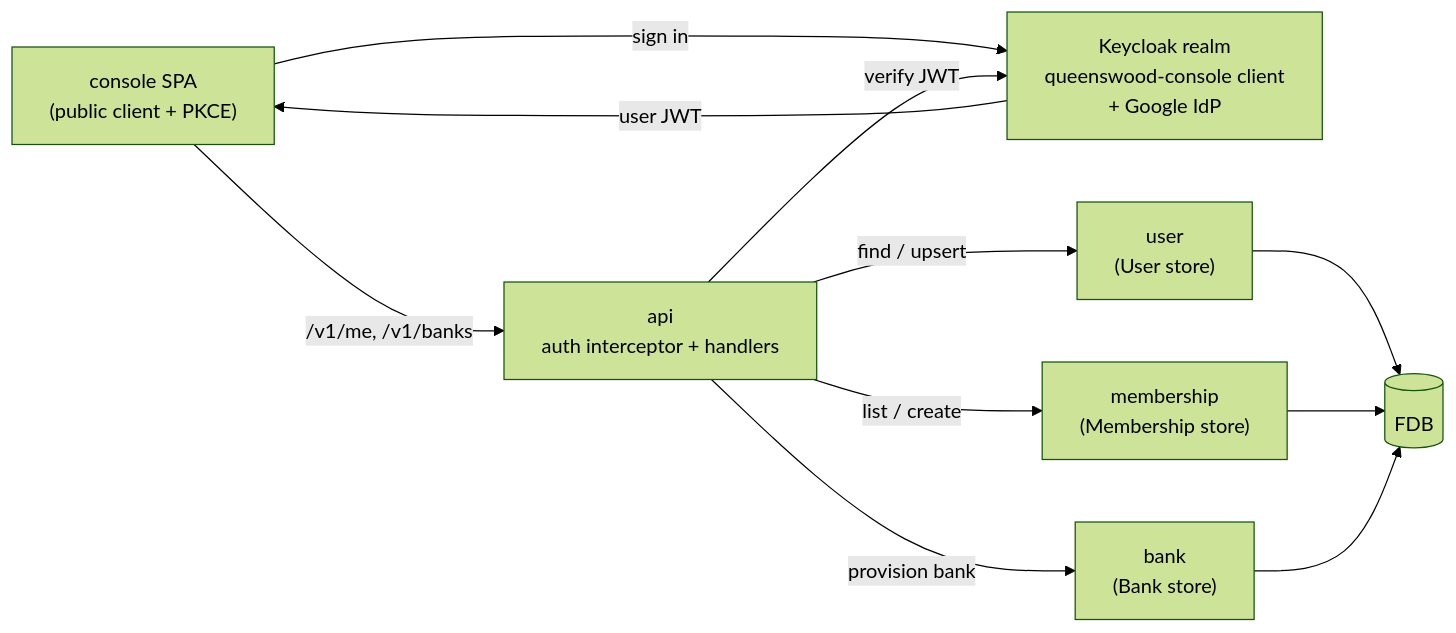
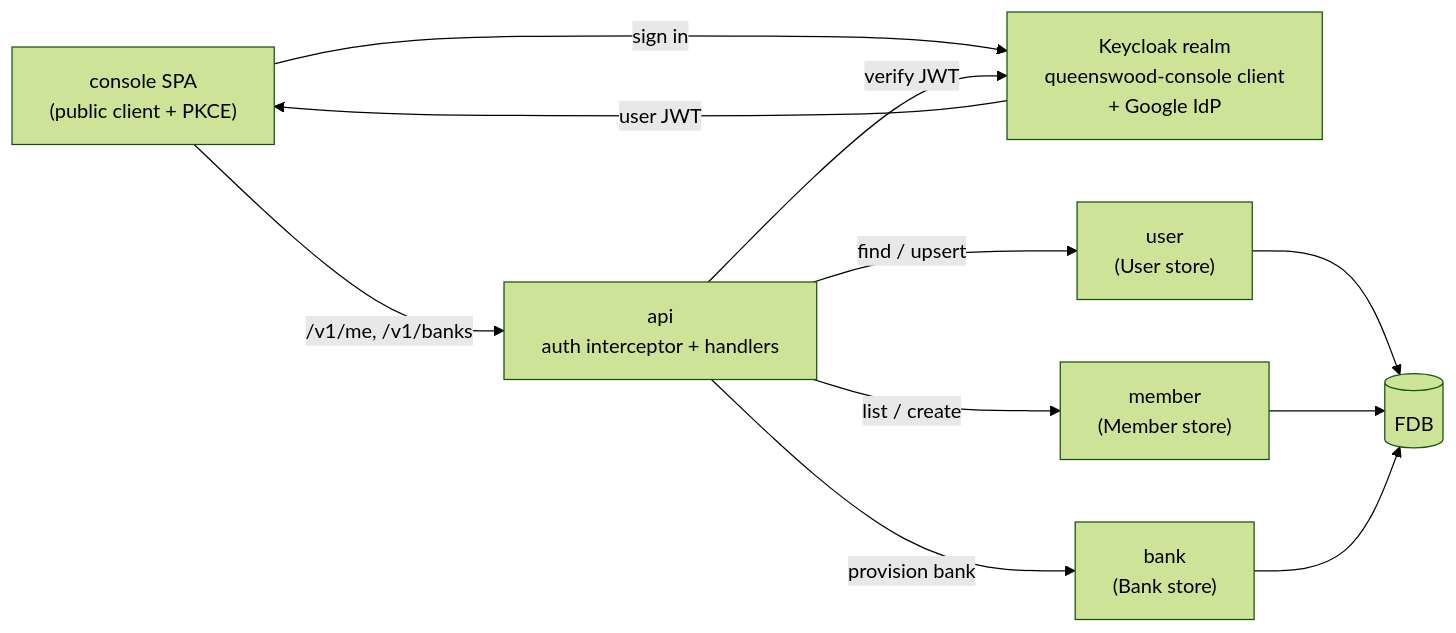
One commit to repldriven/queenswood changed the diagram in docs/tdd/onboarding.md. Above: the diagram before and after it, drawn with Mermaid (forest theme). The commit also changed other lines of this file and 1030 other files, not shown here.

````diff
--- a/docs/tdd/onboarding.md
+++ b/docs/tdd/onboarding.md
@@ -69,21 +69,21 @@
 ```mermaid
 graph LR
     SPA["console SPA<br/>(public client + PKCE)"]
     KC["Keycloak realm<br/>queenswood-console client<br/>+ Google IdP"]
     API["api<br/>auth interceptor + handlers"]
     BU["user<br/>(User store)"]
-    BM["membership<br/>(Membership store)"]
+    BM["member<br/>(Member store)"]
     BO["bank<br/>(Bank store)"]
     FDB[("FDB")]
 
     SPA -->|sign in| KC
     KC -->|user JWT| SPA
     SPA -->|/v1/me, /v1/banks| API
     API -->|verify JWT| KC
     API -->|find / upsert| BU
     API -->|list / create| BM
     API -->|provision bank| BO
     BU --> FDB
     BM --> FDB
     BO --> FDB
 ```
````
